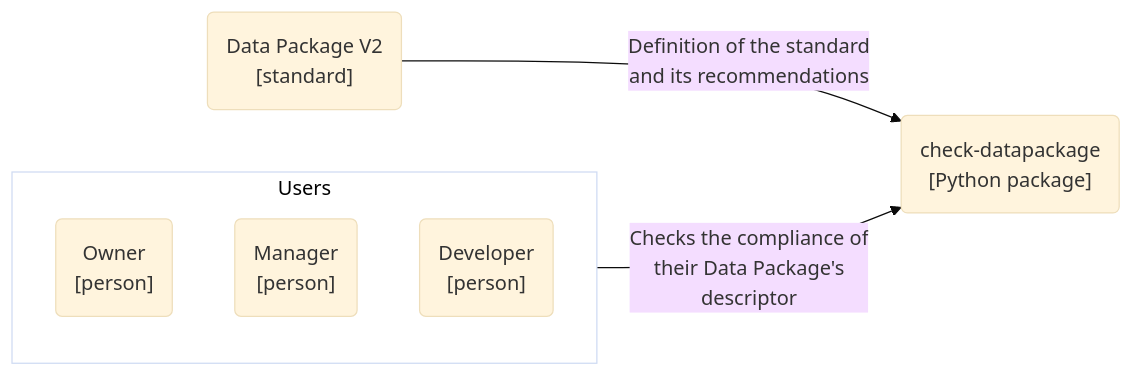
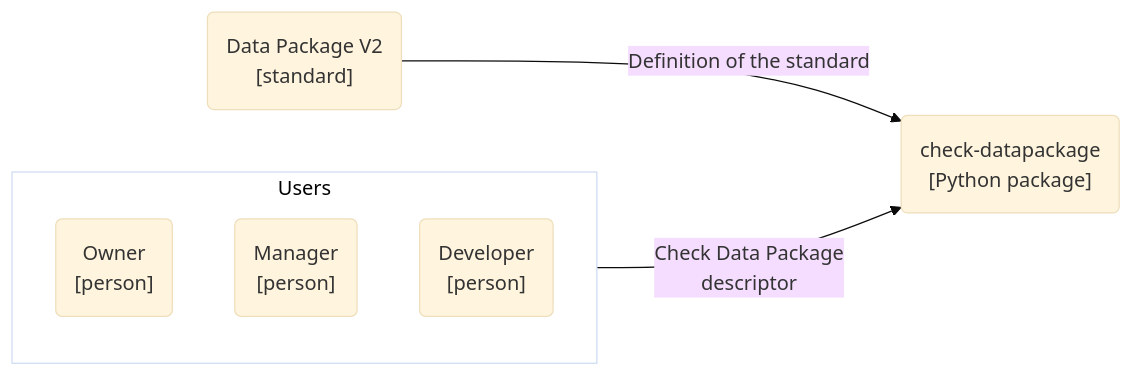
One commit to seedcase-project/check-datapackage changed the first of 2 diagrams in docs/design/architecture.qmd. Above: the diagram before and after it, drawn with Mermaid (base theme). The commit also changed other lines of this file, not shown here.

First line of the commit message:
docs: :memo: update c4 container diagram (#130)

````diff
--- a/docs/design/architecture.qmd
+++ b/docs/design/architecture.qmd
@@ -89,21 +89,20 @@
 ```{mermaid}
 %%| label: fig-c4-context
 %%| fig-cap: "C4 system context diagram showing the anticipated users and the external system (the Data Package standard) `check-datapackage` interacts with."
 flowchart LR
 
     subgraph "Users"
         user_owner("Owner<br>[person]")
         user_manager("Manager<br>[person]")
         user_developer("Developer<br>[person]")
     end
 
     dp_standard("Data Package V2<br>[standard]")
     check("check-datapackage<br>[Python package]")
 
 
-    dp_standard --"Definition of the standard<br>and its recommendations"--> check
-    Users --"Checks the compliance of<br>their Data Package's<br>descriptor"--> check
-
+    dp_standard --"Definition of the standard"--> check
+    Users --"Check Data Package<br>descriptor"--> check
     %% Styling
     style Users fill:#FFFFFF, color:#000000
 ```
````
